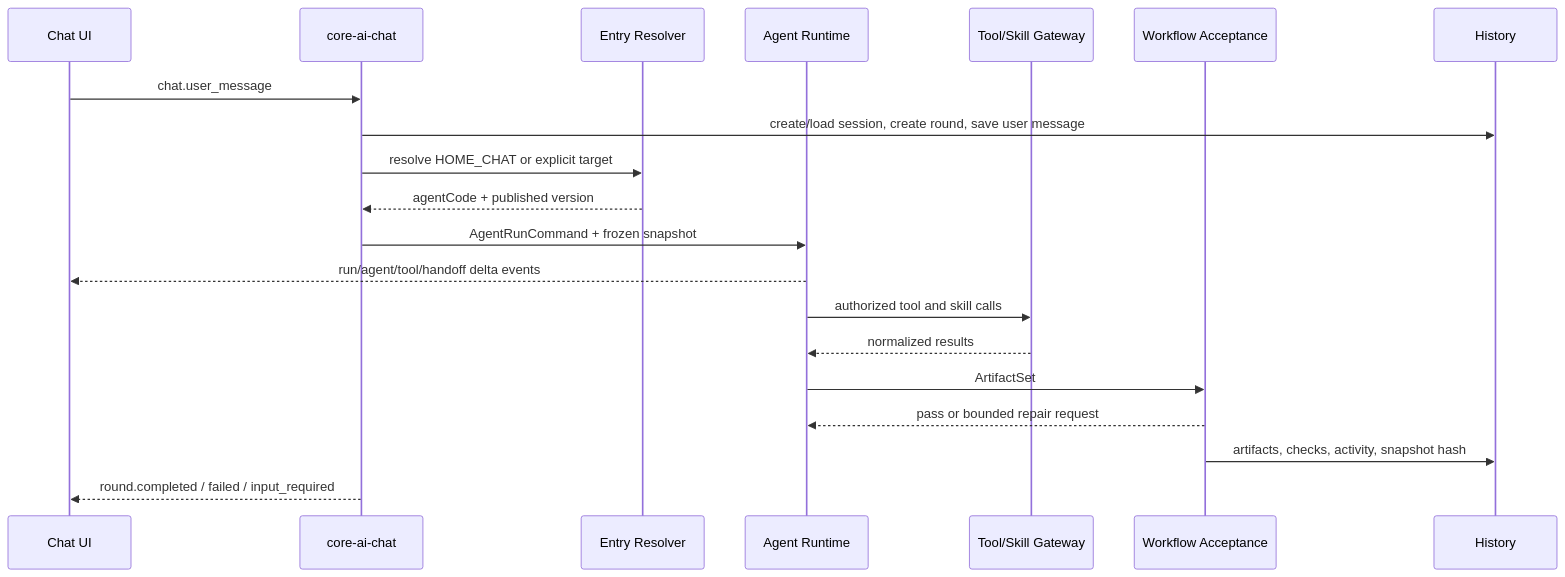
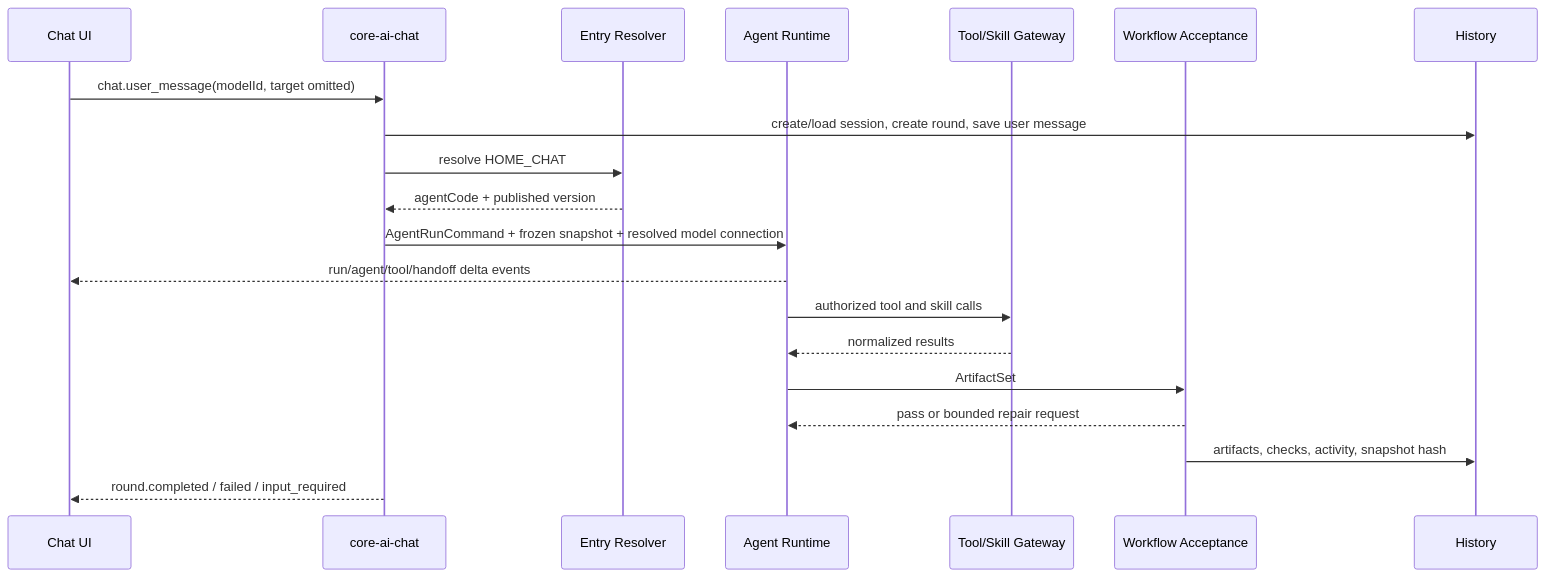
One commit to jouzitong/ai-assit-platform changed the fourth of 5 diagrams in docs/plans/202607/designs/agent-first-chat-service-refactoring-design.md. Above: the diagram before and after it, drawn with Mermaid. The commit also changed other lines of this file and 42 other files, not shown here.

```diff
--- a/docs/plans/202607/designs/agent-first-chat-service-refactoring-design.md
+++ b/docs/plans/202607/designs/agent-first-chat-service-refactoring-design.md
@@ -781,23 +782,23 @@
 ~~~mermaid
 sequenceDiagram
     participant UI as Chat UI
     participant C as core-ai-chat
     participant E as Entry Resolver
     participant A as Agent Runtime
     participant T as Tool/Skill Gateway
     participant W as Workflow Acceptance
     participant H as History
 
-    UI->>C: chat.user_message
+    UI->>C: chat.user_message(modelId, target omitted)
     C->>H: create/load session, create round, save user message
-    C->>E: resolve HOME_CHAT or explicit target
+    C->>E: resolve HOME_CHAT
     E-->>C: agentCode + published version
-    C->>A: AgentRunCommand + frozen snapshot
+    C->>A: AgentRunCommand + frozen snapshot + resolved model connection
     A-->>UI: run/agent/tool/handoff delta events
     A->>T: authorized tool and skill calls
     T-->>A: normalized results
     A->>W: ArtifactSet
     W-->>A: pass or bounded repair request
     W->>H: artifacts, checks, activity, snapshot hash
     C-->>UI: round.completed / failed / input_required
 ~~~
```
